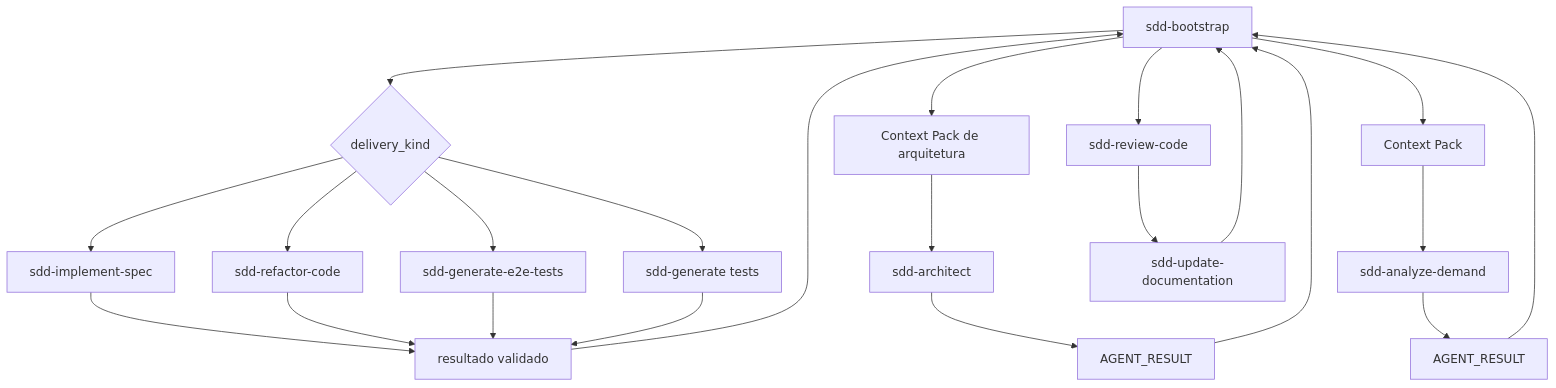
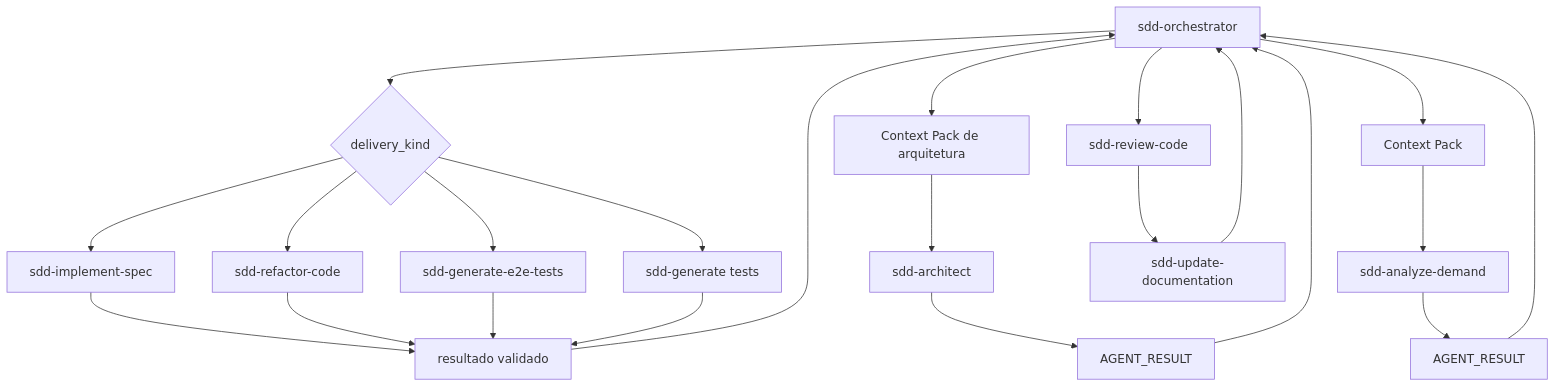
The diagram in docs/AGENTS.md (fellipemauriciosilva/sdd-toolkit), drawn with Mermaid before and after one commit. The commit also changed other lines of this file and 169 other files, not shown here.

````diff
--- a/docs/AGENTS.md
+++ b/docs/AGENTS.md
@@ -15,24 +15,24 @@
 ```mermaid
 flowchart TB
-    B[sdd-bootstrap] --> P[Context Pack]
+    B[sdd-orchestrator] --> P[Context Pack]
     P --> A[sdd-analyze-demand]
     A --> R[AGENT_RESULT]
     R --> B
     B --> P2[Context Pack de arquitetura]
     P2 --> AR[sdd-architect]
     AR --> R2[AGENT_RESULT]
     R2 --> B
     B --> D{delivery_kind}
     D --> I[sdd-implement-spec]
     D --> F[sdd-refactor-code]
     D --> E[sdd-generate-e2e-tests]
     D --> T[sdd-generate tests]
     I --> V[resultado validado]
     F --> V
     E --> V
     T --> V
     V --> B
     B --> RV[sdd-review-code]
     RV --> U[sdd-update-documentation]
     U --> B
 ```
````
